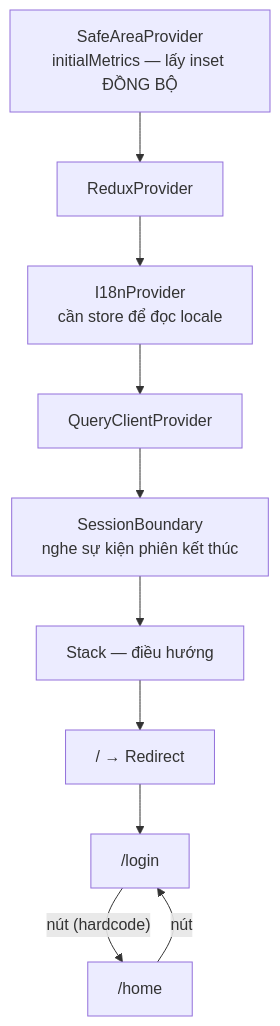
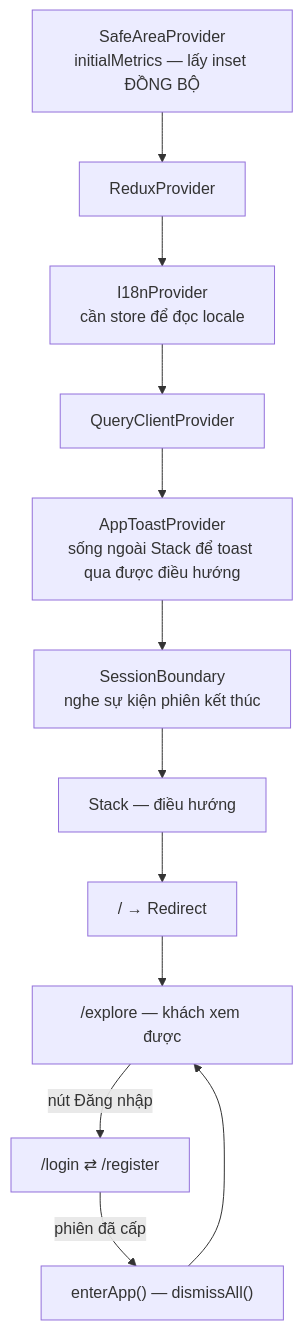
The second of 4 diagrams in apps/mobile/README.md (daihanhbvt/xeprime), drawn with Mermaid before and after one commit. The commit also changed other lines of this file and 54 other files, not shown here.

````diff
--- a/apps/mobile/README.md
+++ b/apps/mobile/README.md
@@ -199,12 +212,14 @@
 ```mermaid
 flowchart TD
   A["SafeAreaProvider<br/>initialMetrics — lấy inset ĐỒNG BỘ"] --> B["ReduxProvider"]
   B --> C["I18nProvider<br/>cần store để đọc locale"]
   C --> D["QueryClientProvider"]
-  D --> E["SessionBoundary<br/>nghe sự kiện phiên kết thúc"]
+  D --> AT["AppToastProvider<br/>sống ngoài Stack để toast qua được điều hướng"]
+  AT --> E["SessionBoundary<br/>nghe sự kiện phiên kết thúc"]
   E --> F["Stack — điều hướng"]
   F --> G["/ → Redirect"]
-  G --> I["/login"]
-  I -->|"nút (hardcode)"| J["/home"]
-  J -->|nút| I
+  G --> J["/explore — khách xem được"]
+  J -->|"nút Đăng nhập"| I["/login ⇄ /register"]
+  I -->|"phiên đã cấp"| K["enterApp() — dismissAll()"]
+  K --> J
 ```
````
